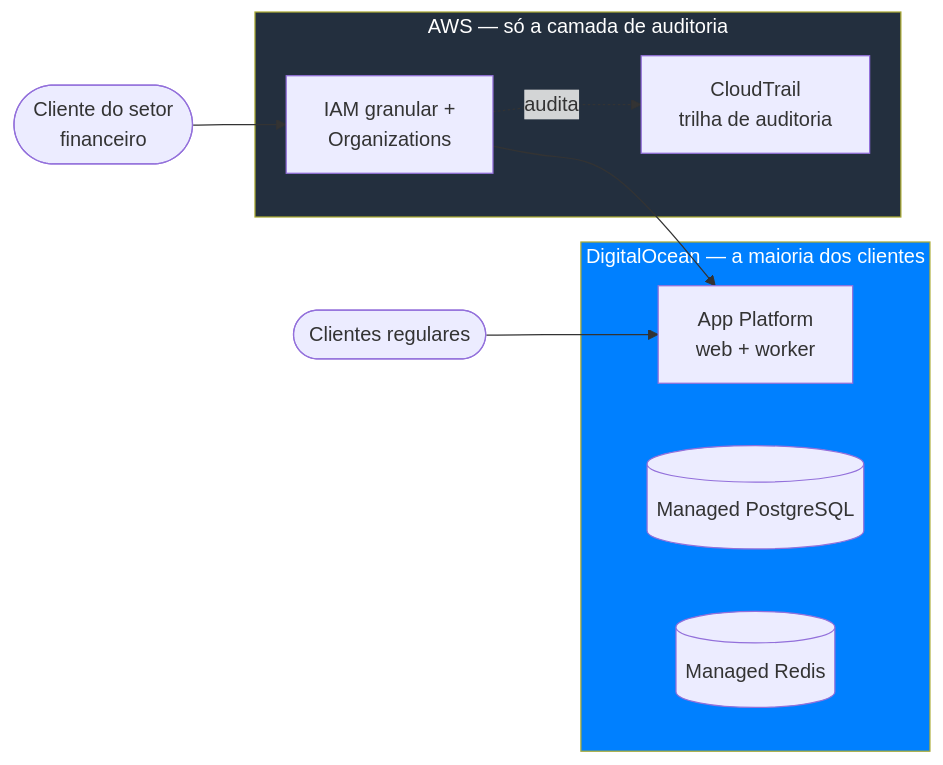
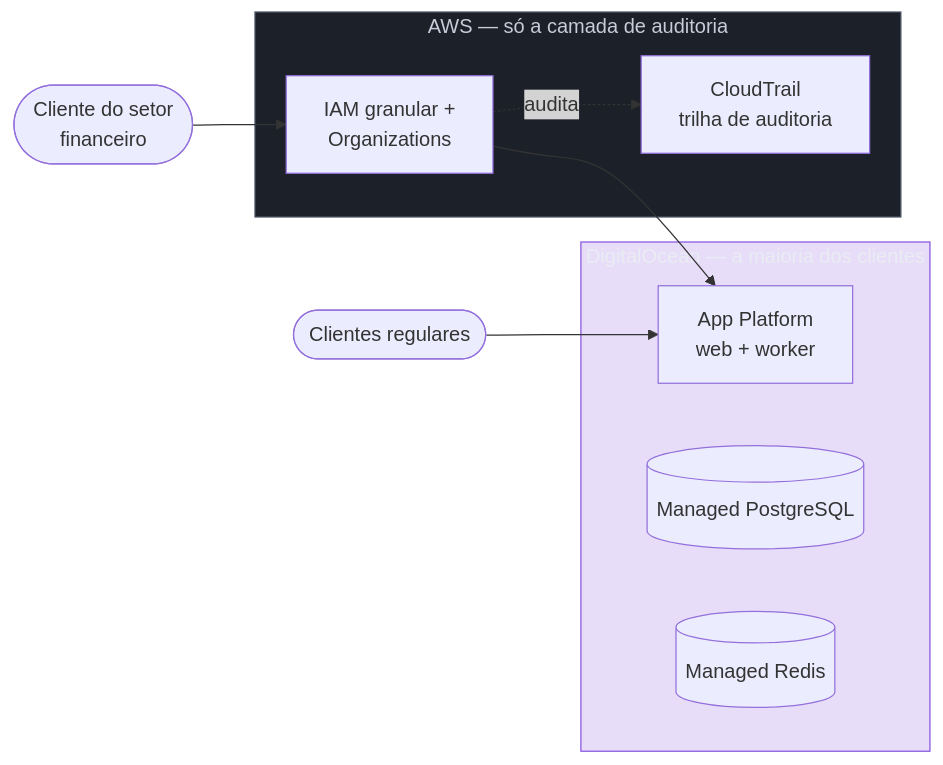
Before and after one commit to josenaldo/codex-technomanticus: the fourth of 4 diagrams in 03-Dominios/Tecnologia/Cloud/22 - DigitalOcean a fundo/06 - Capstone — pensar como arquiteto DO.md, drawn with Mermaid. The commit also changed other lines of this file and 1181 other files, not shown here.

First line of the commit message:
fix(diagramas): paleta do sistema no lugar de cor cravada no markdown

````diff
--- a/03-Dominios/Tecnologia/Cloud/22 - DigitalOcean a fundo/06 - Capstone — pensar como arquiteto DO.md
+++ b/03-Dominios/Tecnologia/Cloud/22 - DigitalOcean a fundo/06 - Capstone — pensar como arquiteto DO.md
@@ -209,20 +213,22 @@
 ```mermaid
 flowchart LR
+    classDef neutro fill:#1B2029,stroke:#4E5666,color:#C6CCD8
+    classDef marca fill:#8855DF33,stroke:#8855DF,color:#E9ECF2
     subgraph DO["DigitalOcean — a maioria dos clientes"]
         App["App Platform<br/>web + worker"]
         PG[("Managed PostgreSQL")]
         Redis[("Managed Redis")]
     end
 
     subgraph AWSLayer["AWS — só a camada de auditoria"]
         IAM["IAM granular +<br/>Organizations"]
         CT["CloudTrail<br/>trilha de auditoria"]
     end
 
     ClienteComum(["Clientes regulares"]) --> App
     ClienteBanco(["Cliente do setor<br/>financeiro"]) --> IAM --> App
     IAM -.audita.-> CT
 
-    style AWSLayer fill:#232f3e,color:#fff
-    style DO fill:#0080ff,color:#fff
+    class AWSLayer neutro
+    class DO marca
 ```
````
